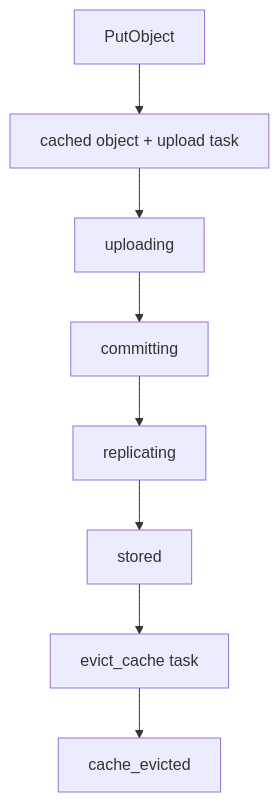
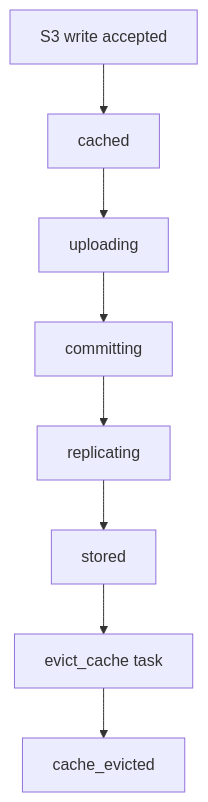
The diagram in docs/en/concepts/filecoin-storage-flow.md (strahe/SynapS3), drawn with Mermaid before and after one commit. The commit also changed other lines of this file and 37 other files, not shown here.

````diff
--- a/docs/en/concepts/filecoin-storage-flow.md
+++ b/docs/en/concepts/filecoin-storage-flow.md
@@ -12,10 +12,10 @@
 ```mermaid
 flowchart TD
-  put["PutObject"] --> cached["cached object + upload task"]
+  put["S3 write accepted"] --> cached["cached"]
   cached --> uploading["uploading"]
   uploading --> committing["committing"]
   committing --> replicating["replicating"]
   replicating --> stored["stored"]
   stored --> evict["evict_cache task"]
   evict --> evicted["cache_evicted"]
 ```
````
